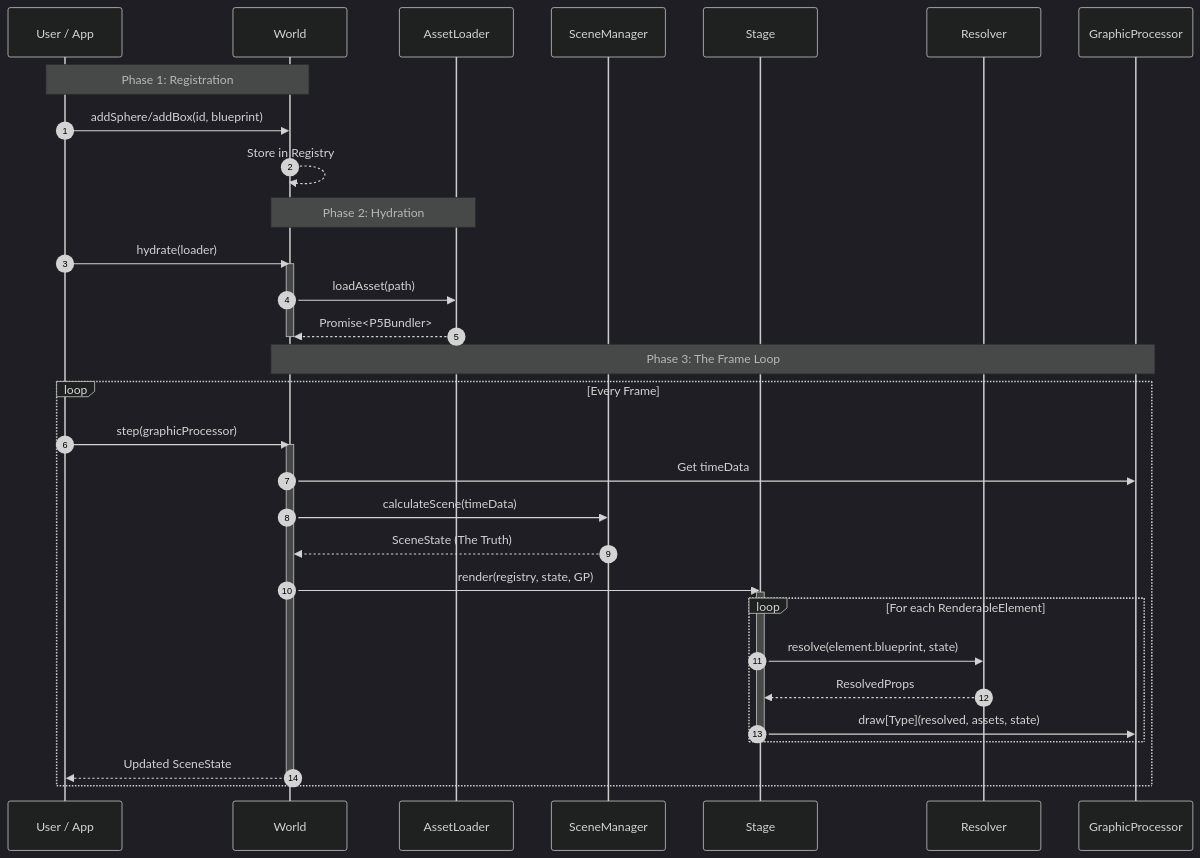
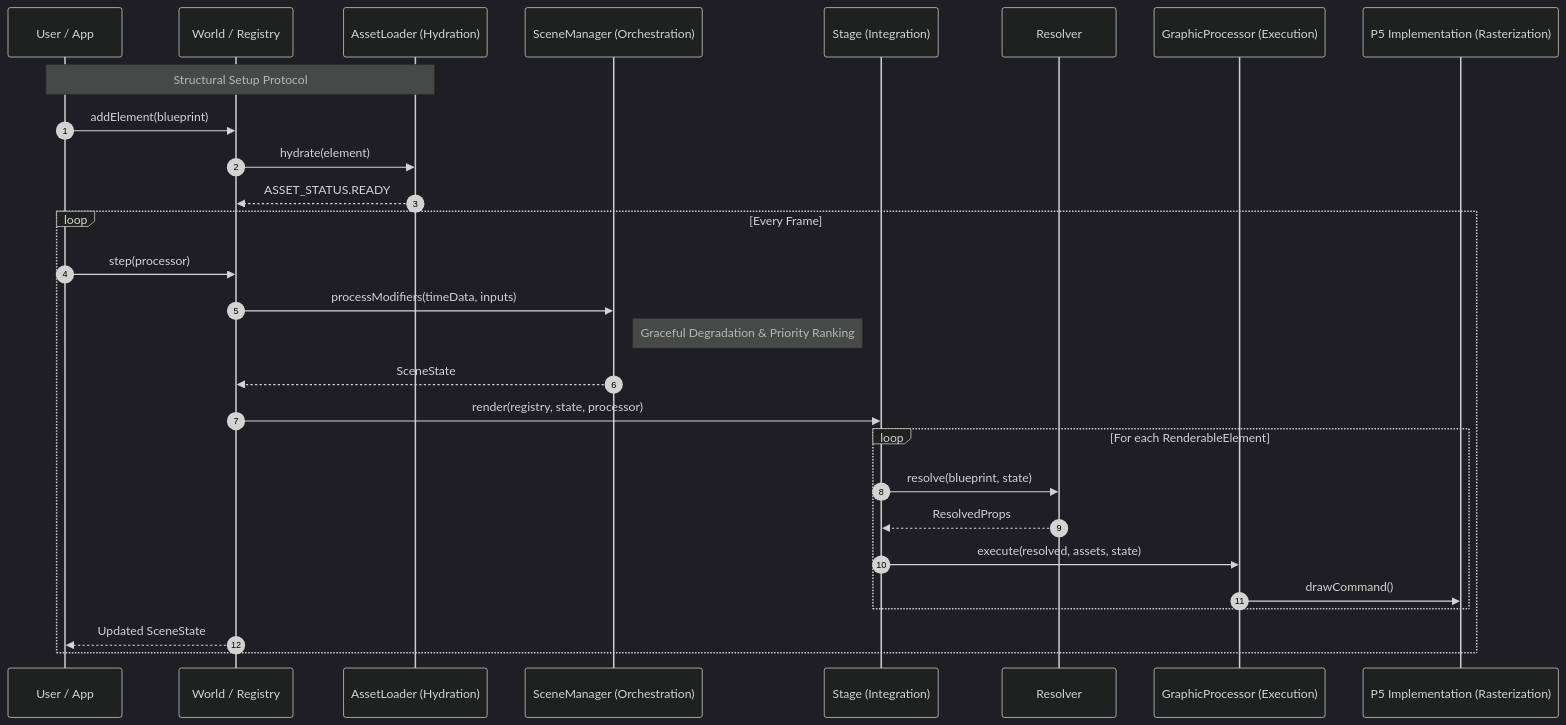
The first of 2 diagrams in README.md (thiagomata/parallax), drawn with Mermaid (dark theme) before and after one commit. The commit also changed other lines of this file and 40 other files, not shown here.

````diff
--- a/README.md
+++ b/README.md
@@ -70,43 +16,37 @@
 ```mermaid
 sequenceDiagram
     autonumber
     participant U as User / App
-    participant W as World
-    participant L as AssetLoader
-    participant SM as SceneManager
-    participant S as Stage
+    participant W as World / Registry
+    participant L as AssetLoader (Hydration)
+    participant SM as SceneManager (Orchestration)
+    participant S as Stage (Integration)
     participant R as Resolver
-    participant GP as GraphicProcessor
+    participant GP as GraphicProcessor (Execution)
+    participant P5 as P5 Implementation (Rasterization)
 
-    Note over U,W: Phase 1: Registration
-    U->>W: addSphere/addBox(id, blueprint)
-    W-->>W: Store in Registry
+    Note over U,L: Structural Setup Protocol
+    U->>W: addElement(blueprint)
+    W->>L: hydrate(element)
+    L-->>W: ASSET_STATUS.READY
 
-    Note over W,L: Phase 2: Hydration
-    U->>W: hydrate(loader)
-    activate W
-    W->>L: loadAsset(path)
-    L-->>W: Promise<P5Bundler>
-    deactivate W
+    loop Every Frame
+        U->>W: step(processor)
+        W->>SM: processModifiers(timeData, inputs)
+        Note right of SM: Graceful Degradation & Priority Ranking
+        SM-->>W: SceneState
 
-    Note over W,GP: Phase 3: The Frame Loop
-    loop Every Frame
-        U->>W: step(graphicProcessor)
-        activate W
-        W->>GP: Get timeData
-        W->>SM: calculateScene(timeData)
-        SM-->>W: SceneState (The Truth)
-        
-        W->>S: render(registry, state, GP)
-        activate S
+        W->>S: render(registry, state, processor)
+
         loop For each RenderableElement
-            S->>R: resolve(element.blueprint, state)
+            S->>R: resolve(blueprint, state)
             R-->>S: ResolvedProps
-            S->>GP: draw[Type](resolved, assets, state)
+
+            S->>GP: execute(resolved, assets, state)
+
+            GP->>P5: drawCommand()
         end
-        deactivate S
+
         W-->>U: Updated SceneState
-        deactivate W
     end
-
 ```
````
